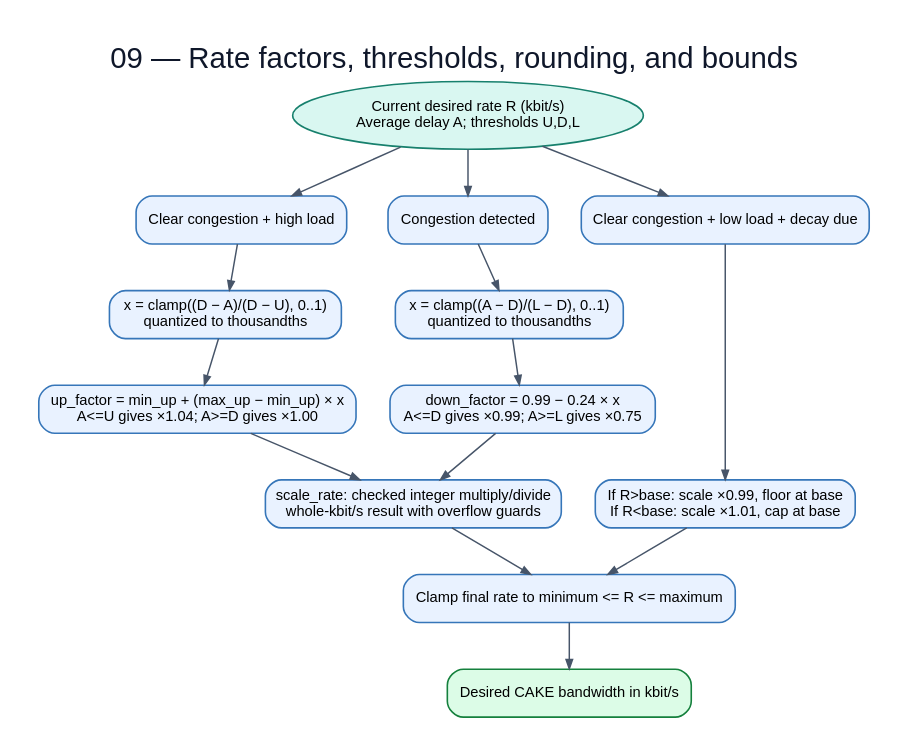
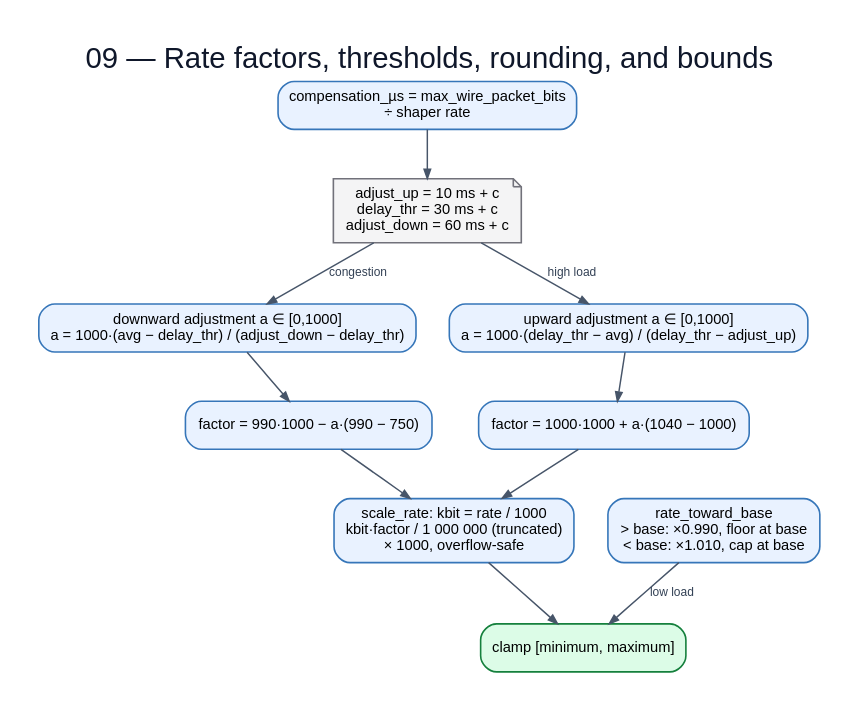
The diagram in flowchart/diagrams/09-rate-math.dot (huydoan94/cake-adapt), drawn with Graphviz before and after one commit. The commit also changed 38 other files, not shown here.

First line of the commit message:
Redraw the flowcharts from the current sources

```diff
--- a/flowchart/diagrams/09-rate-math.dot
+++ b/flowchart/diagrams/09-rate-math.dot
@@ -1,30 +1,23 @@
 digraph G {
   graph [rankdir=TB,bgcolor="white",pad="0.30",nodesep="0.35",ranksep="0.48",splines=polyline,fontname="Arial",label="09 — Rate factors, thresholds, rounding, and bounds",labelloc=t,fontsize=22,fontcolor="#0f172a"];
   node [fontname="Arial",fontsize=11,margin="0.14,0.09",penwidth=1.2];
   edge [fontname="Arial",fontsize=9,color="#475569",fontcolor="#334155",arrowsize=0.7,penwidth=1.1];
-  input [label="Current desired rate R (kbit/s)\nAverage delay A; thresholds U,D,L",shape=oval,style="filled",fillcolor="#d9f7f1",color="#17806d"];
-  upregion [label="Clear congestion + high load",shape=box,style="rounded,filled",fillcolor="#e9f2ff",color="#3676b9"];
-  ux [label="x = clamp((D − A)/(D − U), 0..1)\nquantized to thousandths",shape=box,style="rounded,filled",fillcolor="#e9f2ff",color="#3676b9"];
-  uf [label="up_factor = min_up + (max_up − min_up) × x\nA<=U gives ×1.04; A>=D gives ×1.00",shape=box,style="rounded,filled",fillcolor="#e9f2ff",color="#3676b9"];
-  downregion [label="Congestion detected",shape=box,style="rounded,filled",fillcolor="#e9f2ff",color="#3676b9"];
-  dx [label="x = clamp((A − D)/(L − D), 0..1)\nquantized to thousandths",shape=box,style="rounded,filled",fillcolor="#e9f2ff",color="#3676b9"];
-  df [label="down_factor = 0.99 − 0.24 × x\nA<=D gives ×0.99; A>=L gives ×0.75",shape=box,style="rounded,filled",fillcolor="#e9f2ff",color="#3676b9"];
-  lowregion [label="Clear congestion + low load + decay due",shape=box,style="rounded,filled",fillcolor="#e9f2ff",color="#3676b9"];
-  low [label="If R>base: scale ×0.99, floor at base\nIf R<base: scale ×1.01, cap at base",shape=box,style="rounded,filled",fillcolor="#e9f2ff",color="#3676b9"];
-  scale [label="scale_rate: checked integer multiply/divide\nwhole-kbit/s result with overflow guards",shape=box,style="rounded,filled",fillcolor="#e9f2ff",color="#3676b9"];
-  bounds [label="Clamp final rate to minimum <= R <= maximum",shape=box,style="rounded,filled",fillcolor="#e9f2ff",color="#3676b9"];
-  output [label="Desired CAKE bandwidth in kbit/s",shape=box,style="rounded,filled,bold",fillcolor="#dcfce7",color="#15803d"];
-  input -> upregion;
-  input -> downregion;
-  input -> lowregion;
-  upregion -> ux;
-  ux -> uf;
-  uf -> scale;
-  downregion -> dx;
-  dx -> df;
-  df -> scale;
-  lowregion -> low;
-  low -> bounds;
-  scale -> bounds;
-  bounds -> output;
+  comp [label="compensation_µs = max_wire_packet_bits\n÷ shaper rate",shape=box,style="rounded,filled",fillcolor="#e9f2ff",color="#3676b9"];
+  thr [label="adjust_up = 10 ms + c\ndelay_thr = 30 ms + c\nadjust_down = 60 ms + c",shape=note,style="filled",fillcolor="#f4f4f5",color="#71717a"];
+  down [label="downward adjustment a ∈ [0,1000]\na = 1000·(avg − delay_thr) / (adjust_down − delay_thr)",shape=box,style="rounded,filled",fillcolor="#e9f2ff",color="#3676b9"];
+  dfac [label="factor = 990·1000 − a·(990 − 750)",shape=box,style="rounded,filled",fillcolor="#e9f2ff",color="#3676b9"];
+  up [label="upward adjustment a ∈ [0,1000]\na = 1000·(delay_thr − avg) / (delay_thr − adjust_up)",shape=box,style="rounded,filled",fillcolor="#e9f2ff",color="#3676b9"];
+  ufac [label="factor = 1000·1000 + a·(1040 − 1000)",shape=box,style="rounded,filled",fillcolor="#e9f2ff",color="#3676b9"];
+  scale [label="scale_rate: kbit = rate / 1000\nkbit·factor / 1 000 000 (truncated)\n× 1000, overflow-safe",shape=box,style="rounded,filled",fillcolor="#e9f2ff",color="#3676b9"];
+  decay [label="rate_toward_base\n> base: ×0.990, floor at base\n< base: ×1.010, cap at base",shape=box,style="rounded,filled",fillcolor="#e9f2ff",color="#3676b9"];
+  clamp [label="clamp [minimum, maximum]",shape=box,style="rounded,filled,bold",fillcolor="#dcfce7",color="#15803d"];
+  comp -> thr;
+  thr -> down [label="congestion"];
+  thr -> up [label="high load"];
+  down -> dfac;
+  up -> ufac;
+  dfac -> scale;
+  ufac -> scale;
+  scale -> clamp;
+  decay -> clamp [label="low load"];
 }
```
